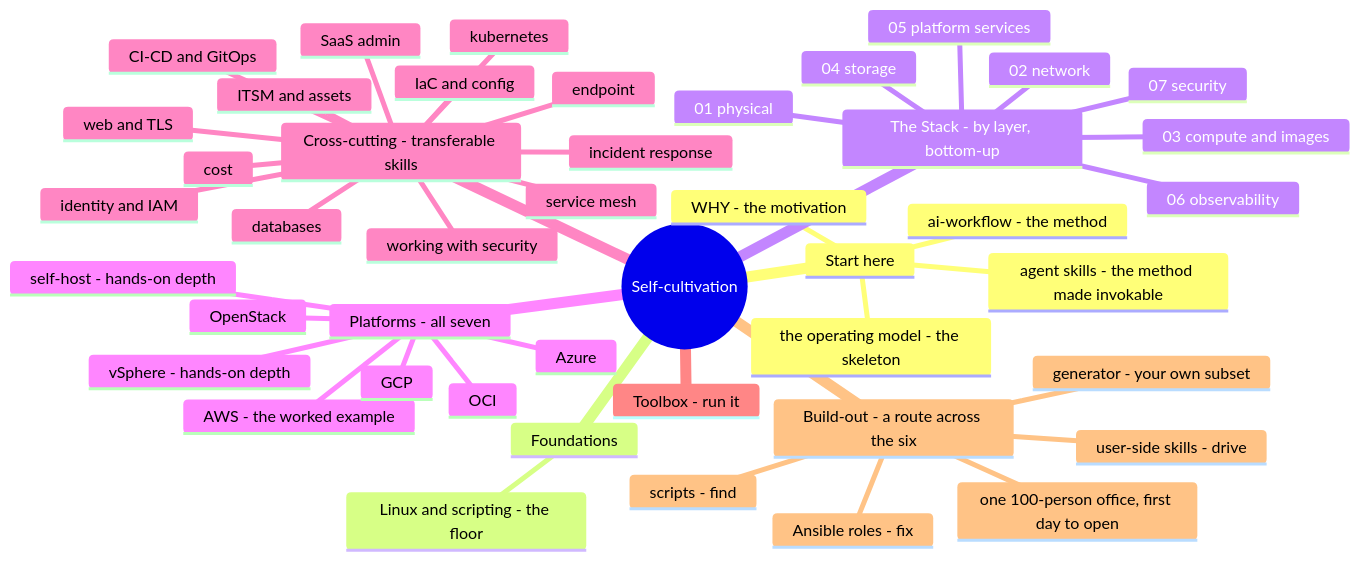
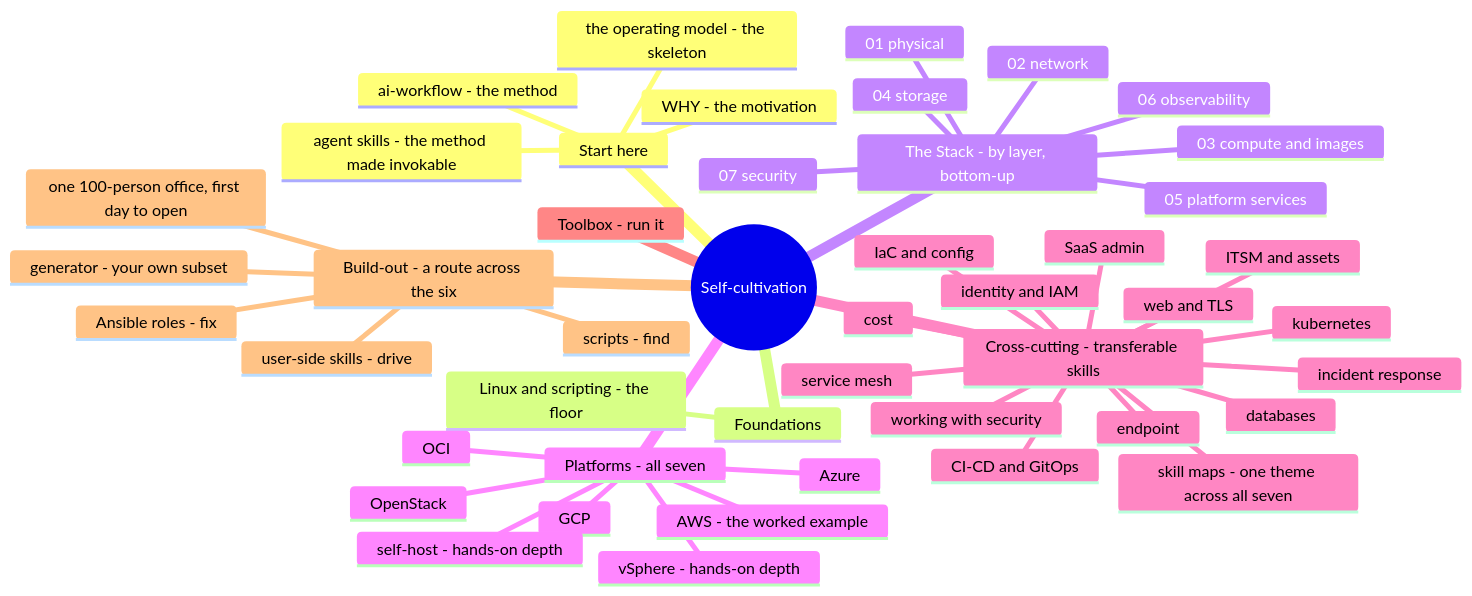
Before and after one commit to vicenteliu/sysadmin-self-cultivation: the second of 2 diagrams in README.md, drawn with Mermaid. The commit also changed other lines of this file, not shown here.

````diff
--- a/README.md
+++ b/README.md
@@ -42,48 +42,49 @@
 ```mermaid
 mindmap
   root((Self-cultivation))
     Start here
       WHY - the motivation
       the operating model - the skeleton
       ai-workflow - the method
       agent skills - the method made invokable
     Foundations
       Linux and scripting - the floor
     The Stack - by layer, bottom-up
       01 physical
       02 network
       03 compute and images
       04 storage
       05 platform services
       06 observability
       07 security
     Platforms - all seven
       AWS - the worked example
       Azure
       GCP
       OCI
       vSphere - hands-on depth
       OpenStack
       self-host - hands-on depth
     Cross-cutting - transferable skills
       identity and IAM
       IaC and config
       CI-CD and GitOps
       databases
       ITSM and assets
       web and TLS
       service mesh
       incident response
       working with security
       SaaS admin
       kubernetes
       cost
       endpoint
+      skill maps - one theme across all seven
     Toolbox - run it
     Build-out - a route across the six
       one 100-person office, first day to open
       scripts - find
       Ansible roles - fix
       user-side skills - drive
       generator - your own subset
 ```
````
